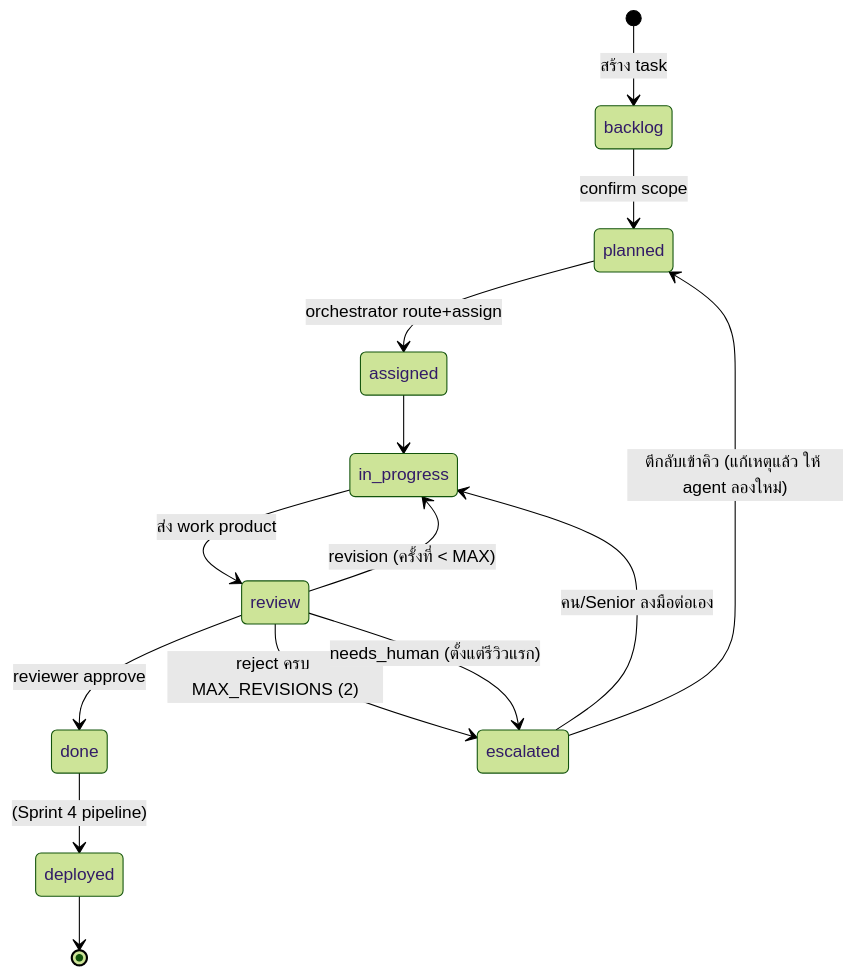
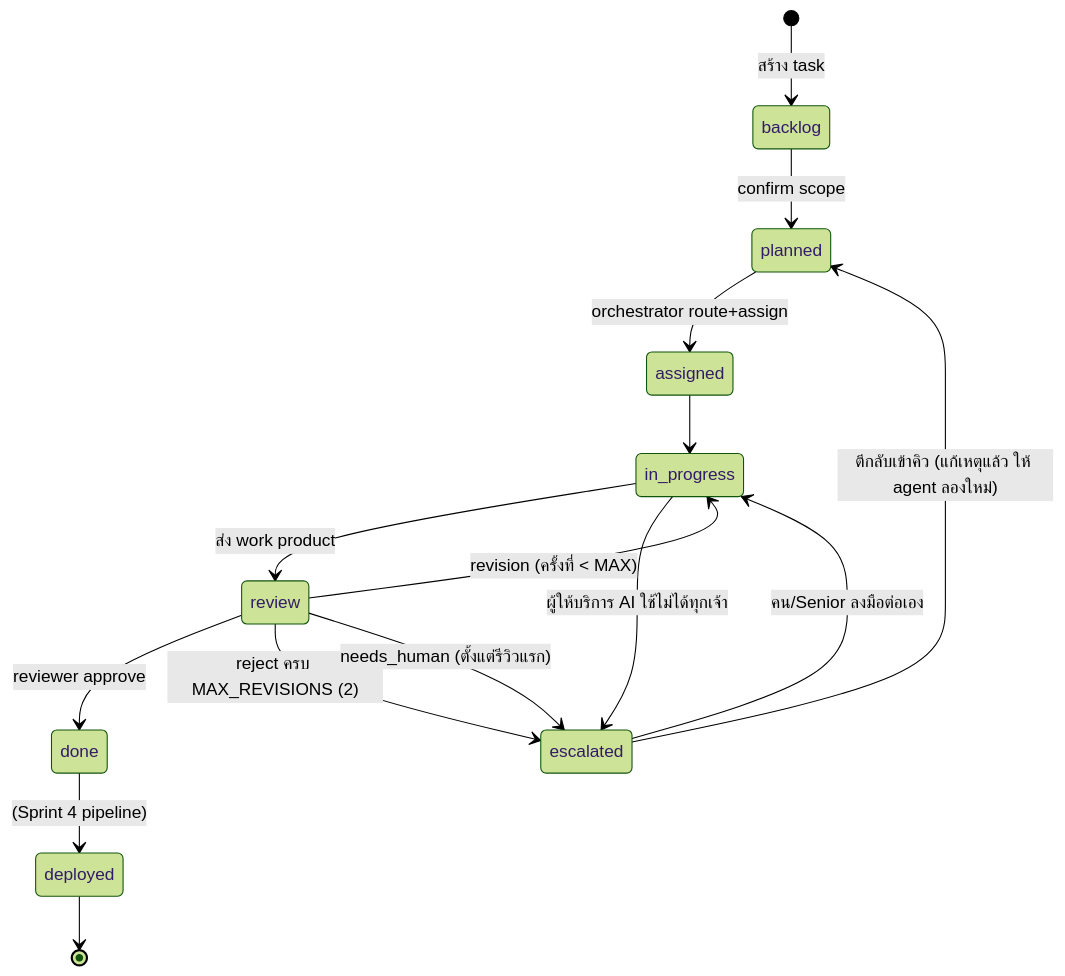
The diagram in docs/SYSTEM_DOCUMENTATION.md (ohho2518/d_DEP-PM_Platform), drawn with Mermaid (forest theme) before and after one commit. The commit also changed other lines of this file and 30 other files, not shown here.

````diff
--- a/docs/SYSTEM_DOCUMENTATION.md
+++ b/docs/SYSTEM_DOCUMENTATION.md
@@ -196,16 +214,17 @@
 ```mermaid
 stateDiagram-v2
     [*] --> backlog: สร้าง task
     backlog --> planned: confirm scope
     planned --> assigned: orchestrator route+assign
     assigned --> in_progress
     in_progress --> review: ส่ง work product
+    in_progress --> escalated: ผู้ให้บริการ AI ใช้ไม่ได้ทุกเจ้า
     review --> done: reviewer approve
     review --> in_progress: revision (ครั้งที่ < MAX)
     review --> escalated: reject ครบ MAX_REVISIONS (2)
     review --> escalated: needs_human (ตั้งแต่รีวิวแรก)
     escalated --> in_progress: คน/Senior ลงมือต่อเอง
     escalated --> planned: ตีกลับเข้าคิว (แก้เหตุแล้ว ให้ agent ลองใหม่)
     done --> deployed: (Sprint 4 pipeline)
     deployed --> [*]
 ```
````
